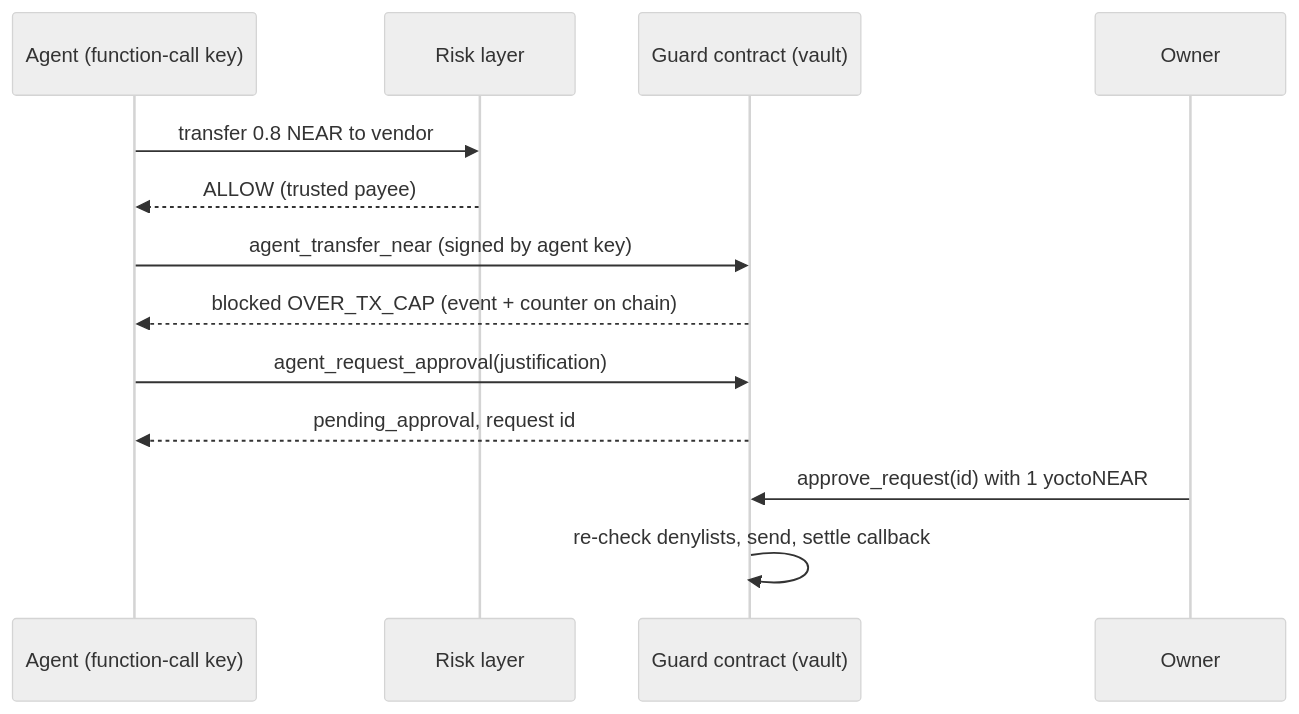
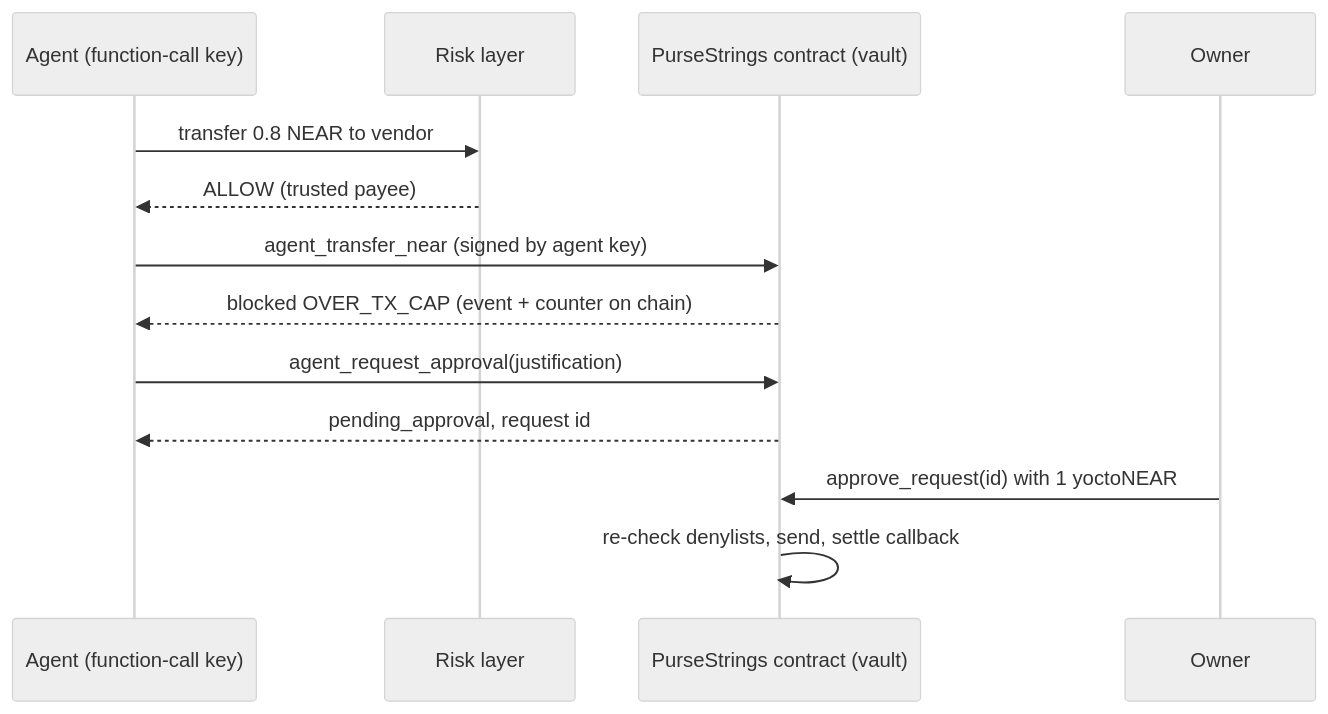
One commit to kacpergumieniuk/pursestrings changed the second of 2 diagrams in README.md. Above: the diagram before and after it, drawn with Mermaid (neutral theme). The commit also changed other lines of this file and 49 other files, not shown here.

First line of the commit message:
Rename Guard to PurseStrings; position against OutLayer; re-render the demo video

````diff
--- a/README.md
+++ b/README.md
@@ -144,15 +183,15 @@
 ```mermaid
 sequenceDiagram
     participant A as Agent (function-call key)
     participant R as Risk layer
-    participant G as Guard contract (vault)
+    participant G as PurseStrings contract (vault)
     participant O as Owner
     A->>R: transfer 0.8 NEAR to vendor
     R-->>A: ALLOW (trusted payee)
     A->>G: agent_transfer_near (signed by agent key)
     G-->>A: blocked OVER_TX_CAP (event + counter on chain)
     A->>G: agent_request_approval(justification)
     G-->>A: pending_approval, request id
     O->>G: approve_request(id) with 1 yoctoNEAR
     G->>G: re-check denylists, send, settle callback
 ```
````
